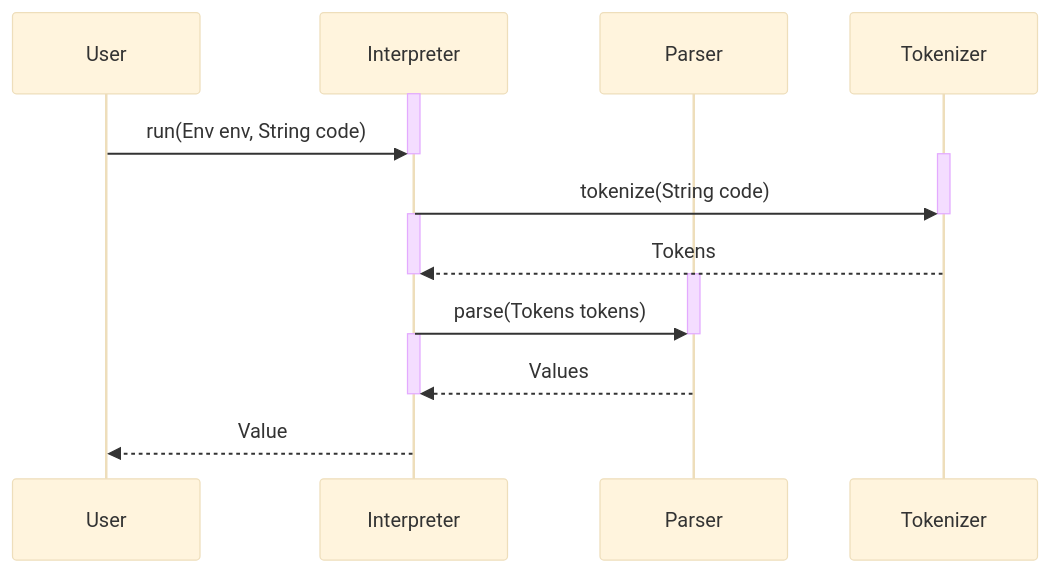
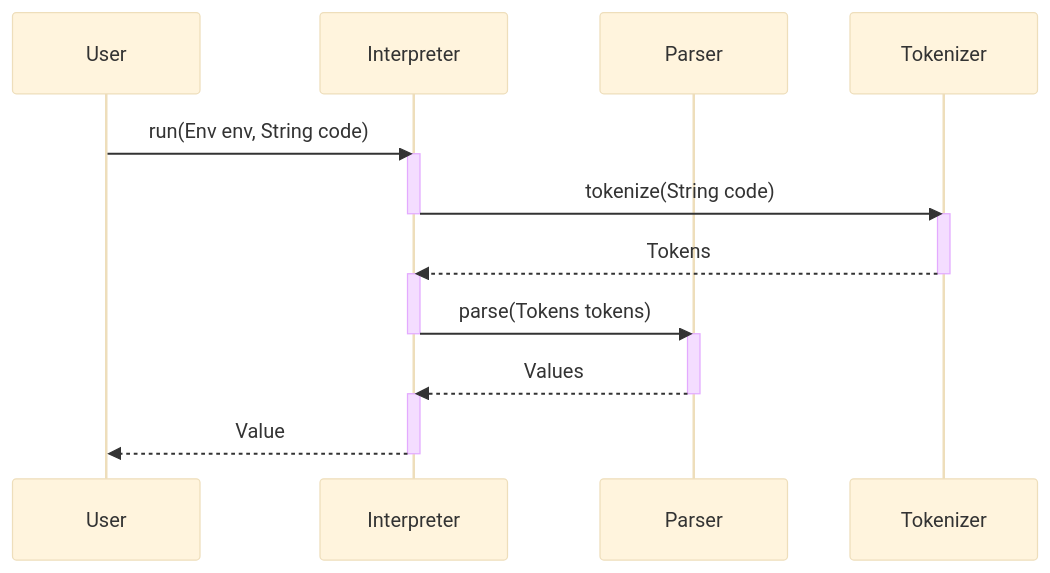
One commit to nekitdev/lisp changed the first of 2 diagrams in README.md. Above: the diagram before and after it, drawn with Mermaid (base theme). The commit also changed other lines of this file, not shown here.

Commit message:
The ordering in sequence was wrong again...

````diff
--- a/README.md
+++ b/README.md
@@ -3,23 +3,23 @@
 ```mermaid
 sequenceDiagram
     participant User
     participant Interpreter
     participant Parser
     participant Tokenizer
+    User->>Interpreter: run(Env env, String code)
     activate Interpreter
-    User->>Interpreter: run(Env env, String code)
+    Interpreter->>Tokenizer: tokenize(String code)
     deactivate Interpreter
     activate Tokenizer
-    Interpreter->>Tokenizer: tokenize(String code)
+    Tokenizer-->>Interpreter: Tokens
     deactivate Tokenizer
     activate Interpreter
-    Tokenizer-->>Interpreter: Tokens
+    Interpreter->>Parser: parse(Tokens tokens)
     deactivate Interpreter
     activate Parser
-    Interpreter->>Parser: parse(Tokens tokens)
+    Parser-->>Interpreter: Values
     deactivate Parser
     activate Interpreter
-    Parser-->>Interpreter: Values
+    Interpreter-->>User: Value
     deactivate Interpreter
-    Interpreter-->>User: Value
 ```
````
